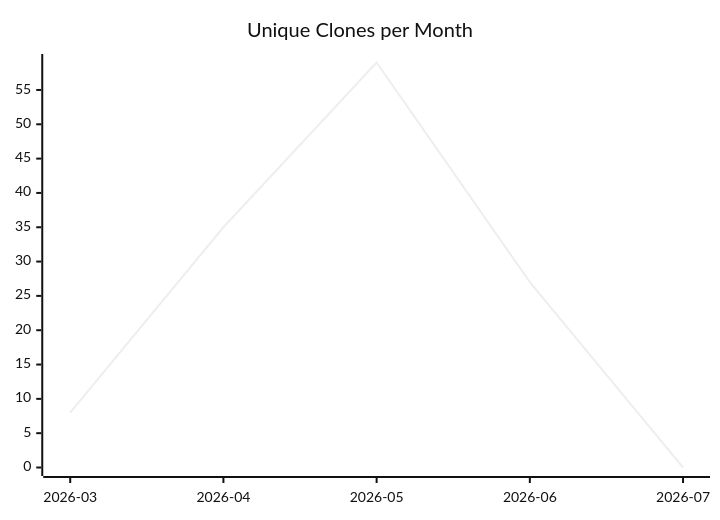
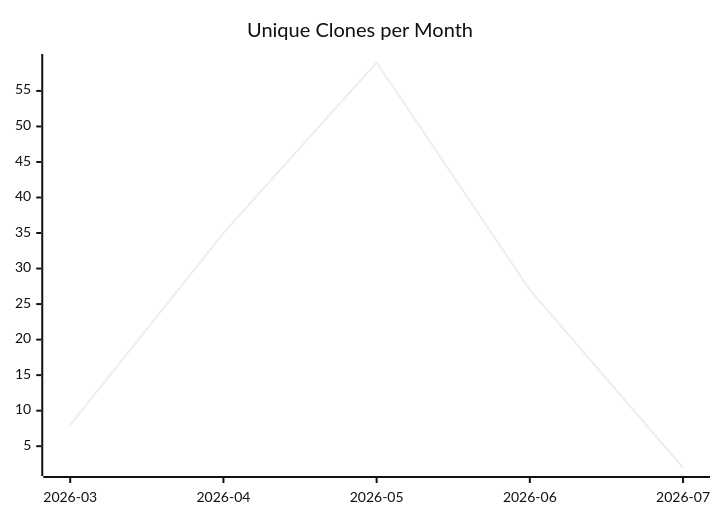
The third of 3 diagrams in karlmdavis/fhir-benchmarks/README.md (justdavis-family/github-analytics-data), drawn with Mermaid (neutral theme) before and after one commit. The commit also changed other lines of this file and 198 other files, not shown here.

````diff
--- a/karlmdavis/fhir-benchmarks/README.md
+++ b/karlmdavis/fhir-benchmarks/README.md
@@ -19,6 +19,6 @@
 ```mermaid
 xychart-beta
   title "Unique Clones per Month"
   x-axis ["2026-03", "2026-04", "2026-05", "2026-06", "2026-07"]
-  line [8, 35, 59, 27, 0]
+  line [8, 35, 59, 27, 2]
 ```
````
